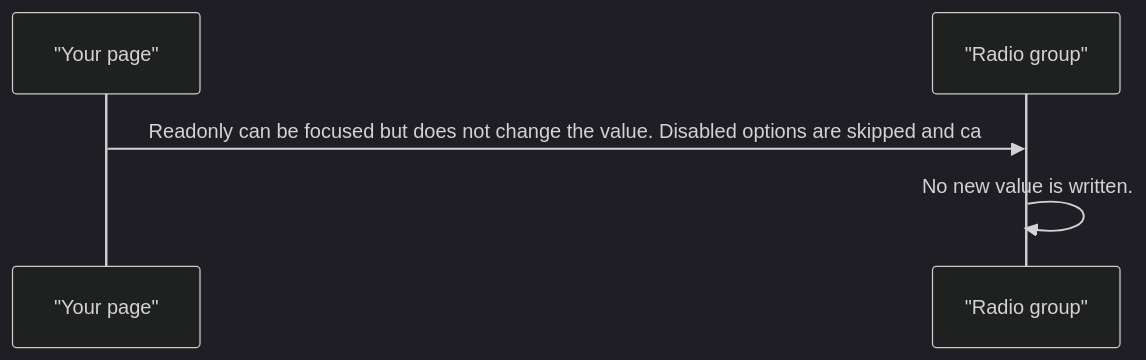
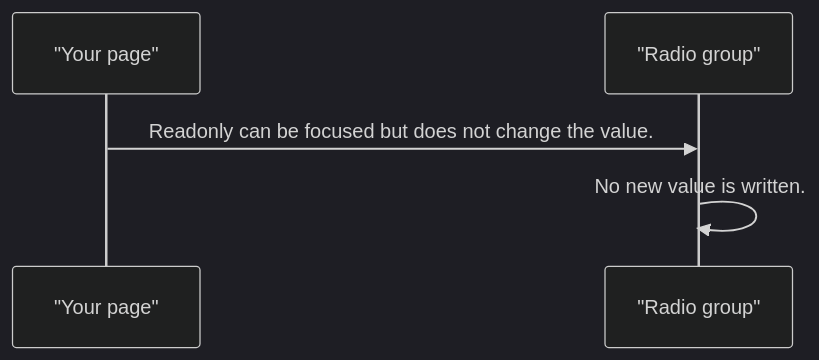
One commit to RajshekharBorate/pixel-ui changed the fourth of 4 diagrams in projects/pixel-ui/src/lib/pixel-radio/DESIGN.md. Above: the diagram before and after it, drawn with Mermaid (dark theme). The commit also changed other lines of this file and 80 other files, not shown here.

Commit message:
Fill missing design flows and correct the stories that did not match component behavior.

````diff
--- a/projects/pixel-ui/src/lib/pixel-radio/DESIGN.md
+++ b/projects/pixel-ui/src/lib/pixel-radio/DESIGN.md
@@ -77,7 +77,7 @@
 ```mermaid
 sequenceDiagram
   participant page as "Your page"
   participant group as "Radio group"
-  page->>group: Readonly can be focused but does not change the value. Disabled options are skipped and ca
+  page->>group: Readonly can be focused but does not change the value.
   group->>group: No new value is written.
 ```
````
